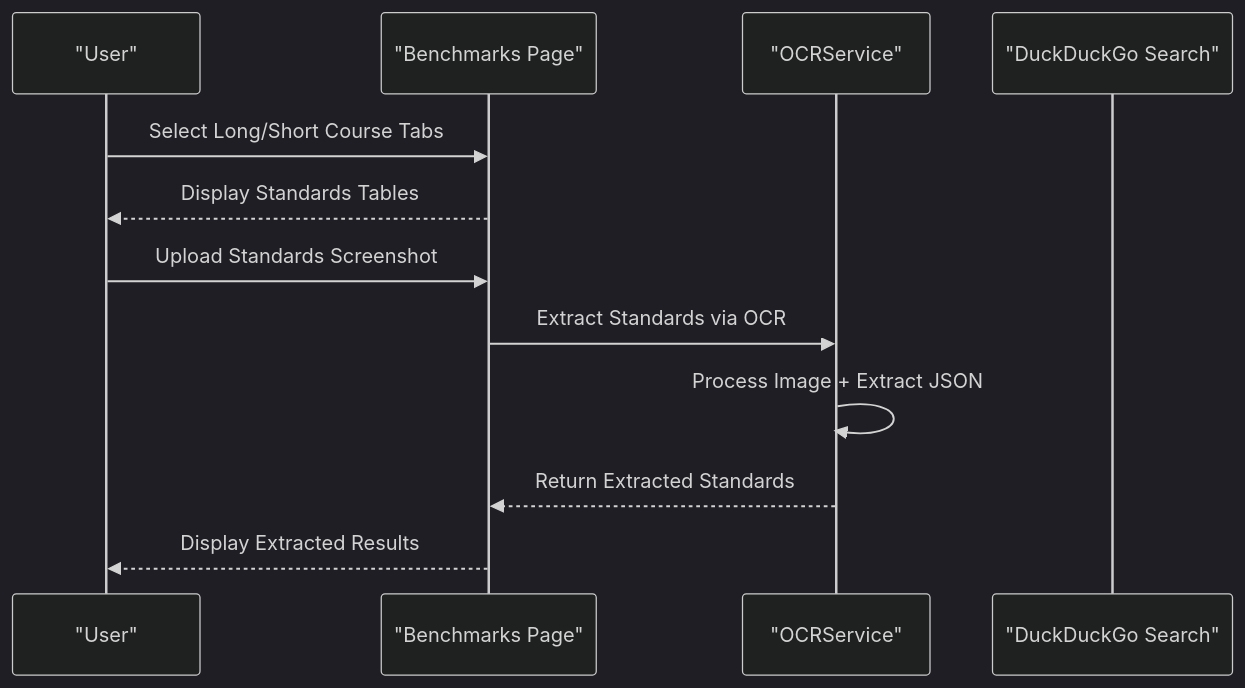
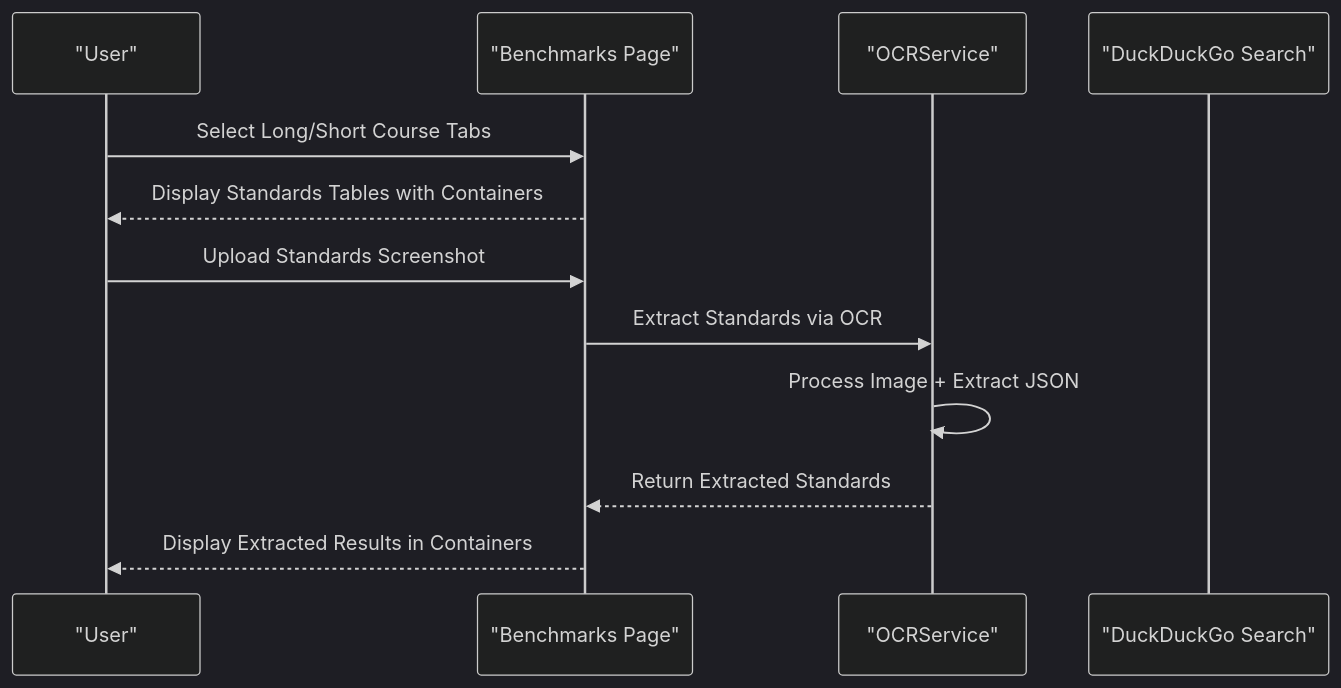
Before and after one commit to Johnny22056/SwimingStatus: diagram 11 of 14 in .qoder/repowiki/en/content/Core Components/Application Controller.md, drawn with Mermaid (dark theme). The commit also changed other lines of this file and 5 other files, not shown here.

````diff
--- a/.qoder/repowiki/en/content/Core Components/Application Controller.md
+++ b/.qoder/repowiki/en/content/Core Components/Application Controller.md
@@ -353,14 +419,14 @@
 ```mermaid
 sequenceDiagram
 participant User as "User"
 participant Benchmarks as "Benchmarks Page"
 participant OCR as "OCRService"
 participant DDG as "DuckDuckGo Search"
 User->>Benchmarks : Select Long/Short Course Tabs
-Benchmarks-->>User : Display Standards Tables
+Benchmarks-->>User : Display Standards Tables with Containers
 User->>Benchmarks : Upload Standards Screenshot
 Benchmarks->>OCR : Extract Standards via OCR
 OCR->>OCR : Process Image + Extract JSON
 OCR-->>Benchmarks : Return Extracted Standards
-Benchmarks-->>User : Display Extracted Results
+Benchmarks-->>User : Display Extracted Results in Containers
 ```
````
